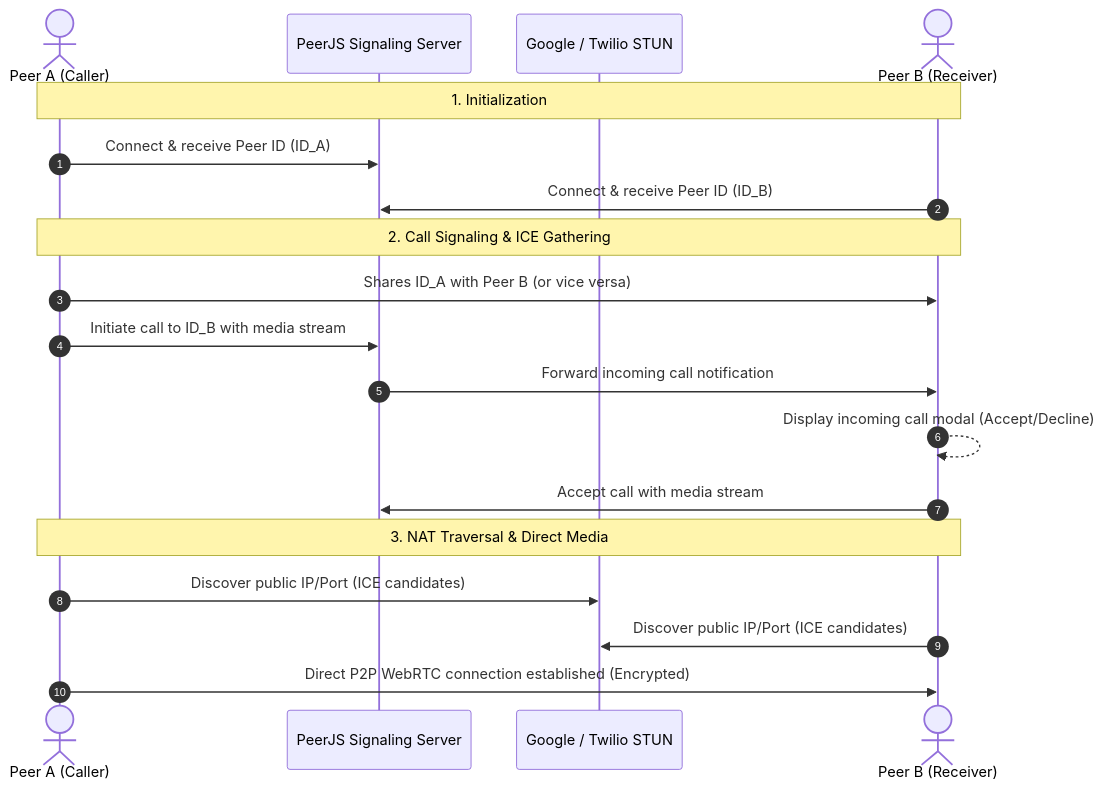
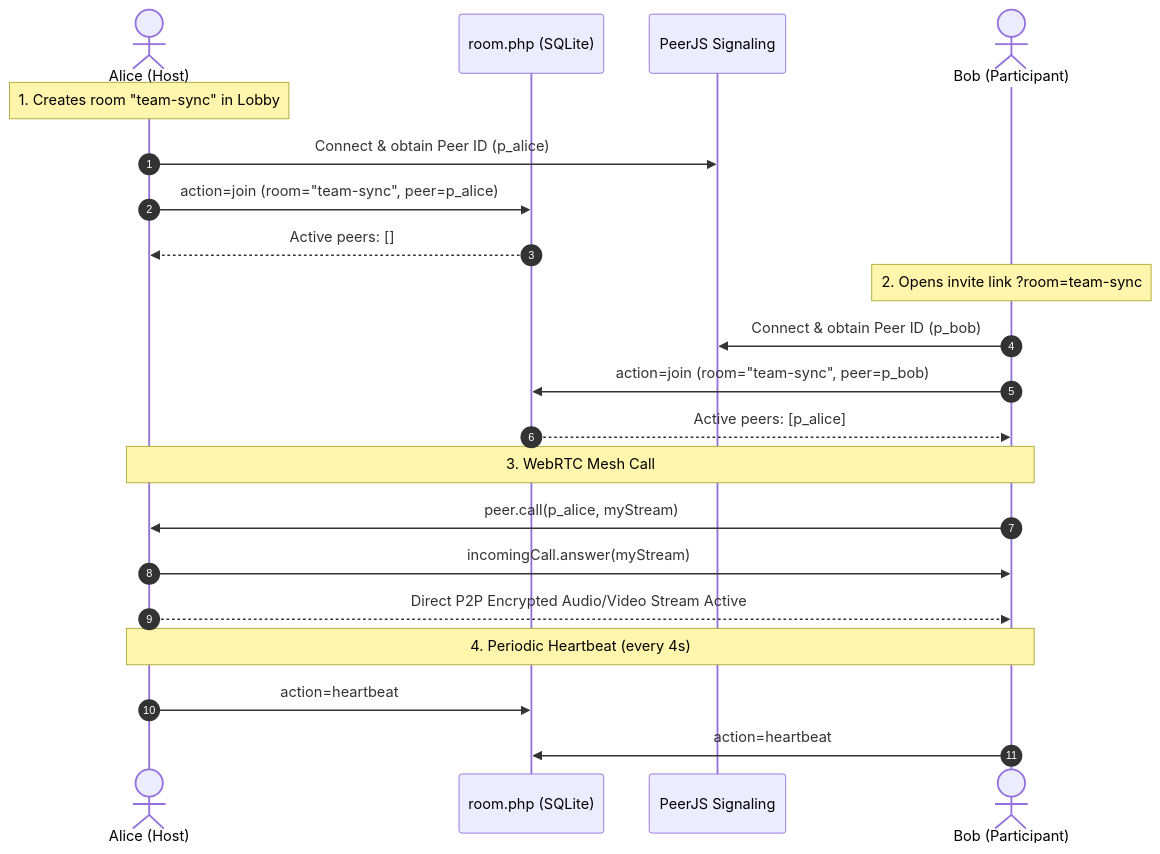
The diagram in README.md (nouman-zaib/WebRTC), drawn with Mermaid before and after one commit. The commit also changed other lines of this file and 3 other files, not shown here.

Commit message:
Add video call room feature

````diff
--- a/README.md
+++ b/README.md
@@ -63,24 +64,27 @@
 ```mermaid
 sequenceDiagram
     autonumber
-    actor PeerA as Peer A (Caller)
-    participant Signal as PeerJS Signaling Server
-    participant STUN as Google / Twilio STUN
-    actor PeerB as Peer B (Receiver)
+    actor Alice as Alice (Host)
+    participant Backend as room.php (SQLite)
+    participant Signal as PeerJS Signaling
+    actor Bob as Bob (Participant)
 
-    Note over PeerA,PeerB: 1. Initialization
-    PeerA->>Signal: Connect & receive Peer ID (ID_A)
-    PeerB->>Signal: Connect & receive Peer ID (ID_B)
+    Note over Alice: 1. Creates room "team-sync" in Lobby
+    Alice->>Signal: Connect & obtain Peer ID (p_alice)
+    Alice->>Backend: action=join (room="team-sync", peer=p_alice)
+    Backend-->>Alice: Active peers: []
 
-    Note over PeerA,PeerB: 2. Call Signaling & ICE Gathering
-    PeerA->>PeerB: Shares ID_A with Peer B (or vice versa)
-    PeerA->>Signal: Initiate call to ID_B with media stream
-    Signal->>PeerB: Forward incoming call notification
-    PeerB-->>PeerB: Display incoming call modal (Accept/Decline)
-    PeerB->>Signal: Accept call with media stream
+    Note over Bob: 2. Opens invite link ?room=team-sync
+    Bob->>Signal: Connect & obtain Peer ID (p_bob)
+    Bob->>Backend: action=join (room="team-sync", peer=p_bob)
+    Backend-->>Bob: Active peers: [p_alice]
 
-    Note over PeerA,PeerB: 3. NAT Traversal & Direct Media
-    PeerA->>STUN: Discover public IP/Port (ICE candidates)
-    PeerB->>STUN: Discover public IP/Port (ICE candidates)
-    PeerA->>PeerB: Direct P2P WebRTC connection established (Encrypted)
+    Note over Bob,Alice: 3. WebRTC Mesh Call
+    Bob->>Alice: peer.call(p_alice, myStream)
+    Alice->>Bob: incomingCall.answer(myStream)
+    Alice-->>Bob: Direct P2P Encrypted Audio/Video Stream Active
+
+    Note over Alice,Bob: 4. Periodic Heartbeat (every 4s)
+    Alice->>Backend: action=heartbeat
+    Bob->>Backend: action=heartbeat
 ```
````
